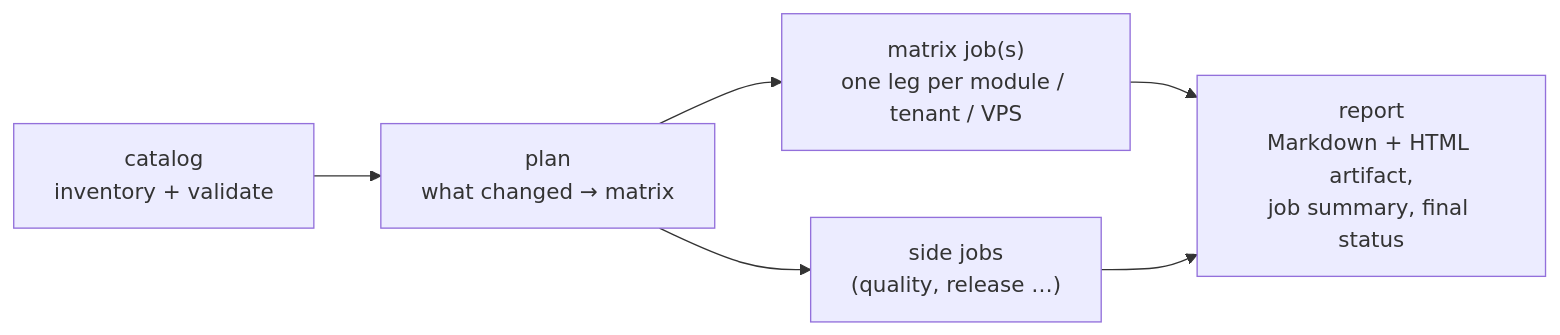
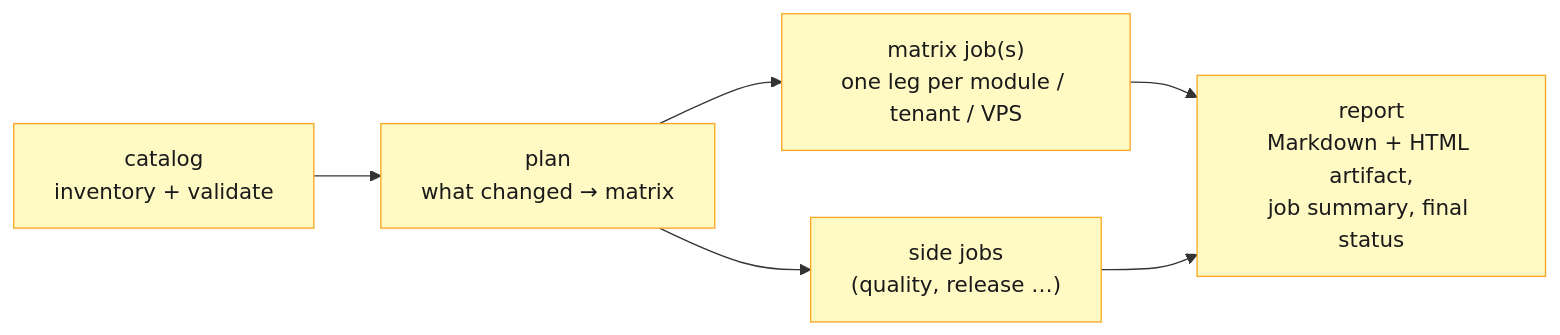
Diagram 14 of 23 in master-plan.md (varunpathania86/nigu-lite), drawn with Mermaid before and after one commit. The commit also changed other lines of this file and 38 other files, not shown here.

````diff
--- a/master-plan.md
+++ b/master-plan.md
@@ -895,7 +982,9 @@
 ```mermaid
 flowchart LR
   CAT["catalog<br/>inventory + validate"] --> PLAN["plan<br/>what changed → matrix"]
   PLAN --> M1["matrix job(s)<br/>one leg per module / tenant / VPS"]
   PLAN --> Q["side jobs<br/>(quality, release …)"]
   M1 & Q --> REP["report<br/>Markdown + HTML artifact,<br/>job summary, final status"]
+  class CAT,PLAN,M1,Q,REP tool
+  classDef tool fill:#fff9c4,stroke:#f9a825,color:#1a1a1a
 ```
````
